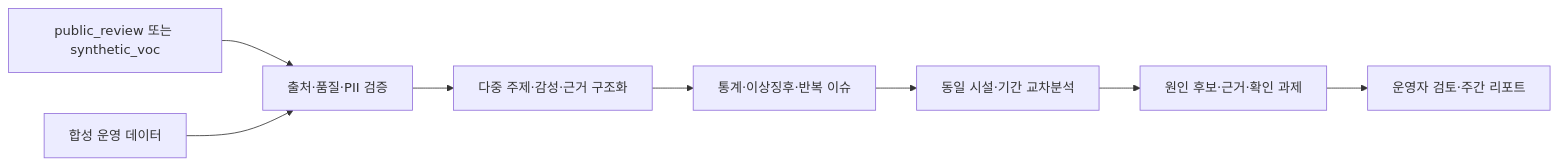
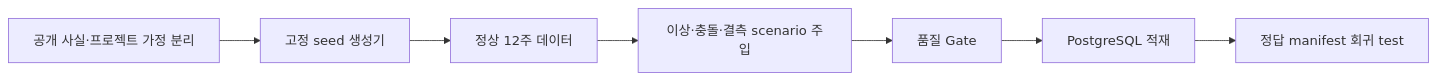
Before and after one commit to hijun318-eng/skn29_final_3team: the second of 2 diagrams in docs/markdown/03_프로젝트기획서.md, drawn with Mermaid. The commit also changed other lines of this file and 6 other files, not shown here.

````diff
--- a/docs/markdown/03_프로젝트기획서.md
+++ b/docs/markdown/03_프로젝트기획서.md
@@ -199,10 +327,9 @@
 ```mermaid
 flowchart LR
-    A[public_review 또는 synthetic_voc] --> B[출처·품질·PII 검증]
-    O[합성 운영 데이터] --> B
-    B --> C[다중 주제·감성·근거 구조화]
-    C --> D[통계·이상징후·반복 이슈]
-    D --> E[동일 시설·기간 교차분석]
-    E --> F[원인 후보·근거·확인 과제]
-    F --> G[운영자 검토·주간 리포트]
+    A[공개 사실·프로젝트 가정 분리] --> B[고정 seed 생성기]
+    B --> C[정상 12주 데이터]
+    C --> D[이상·충돌·결측 scenario 주입]
+    D --> E[품질 Gate]
+    E --> F[PostgreSQL 적재]
+    F --> G[정답 manifest 회귀 test]
 ```
````
